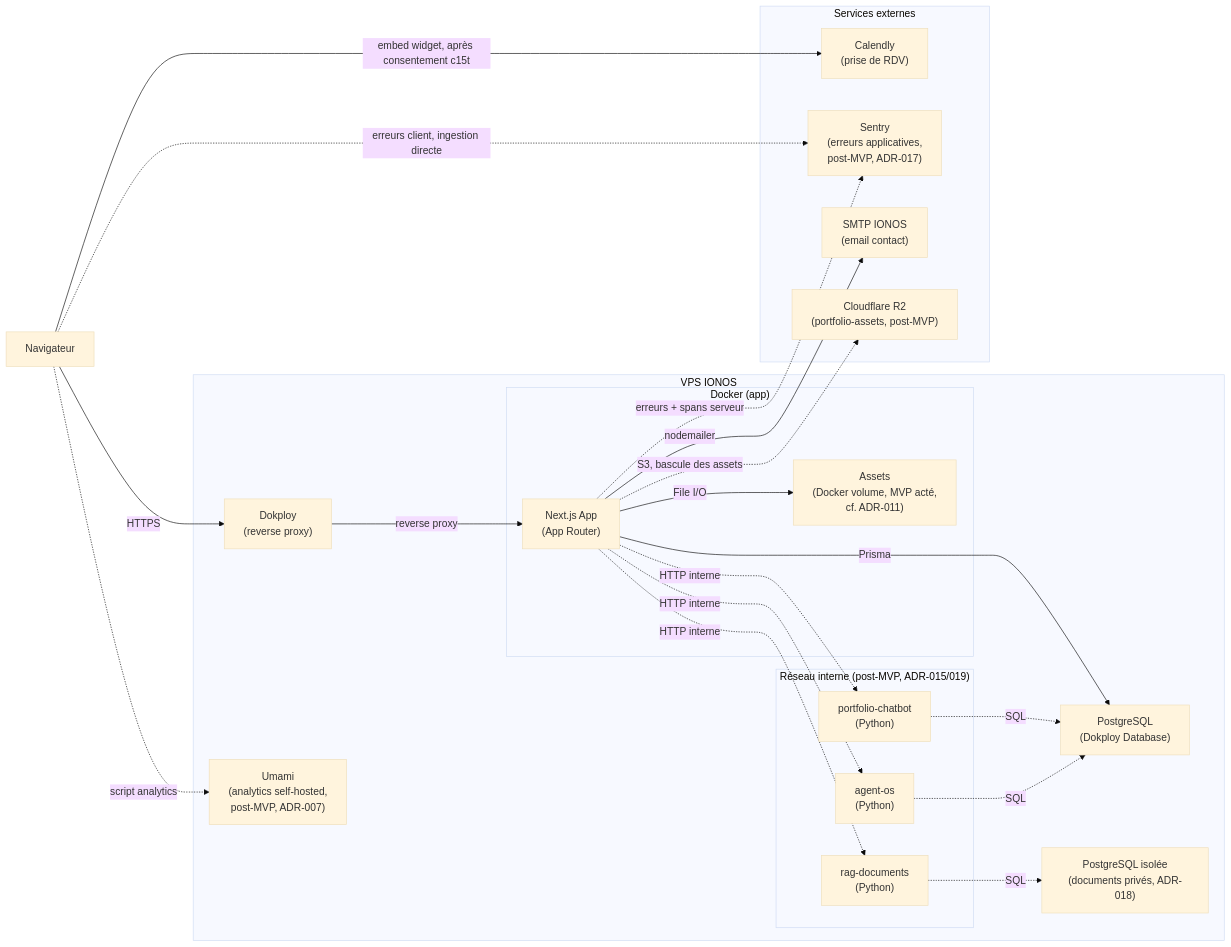
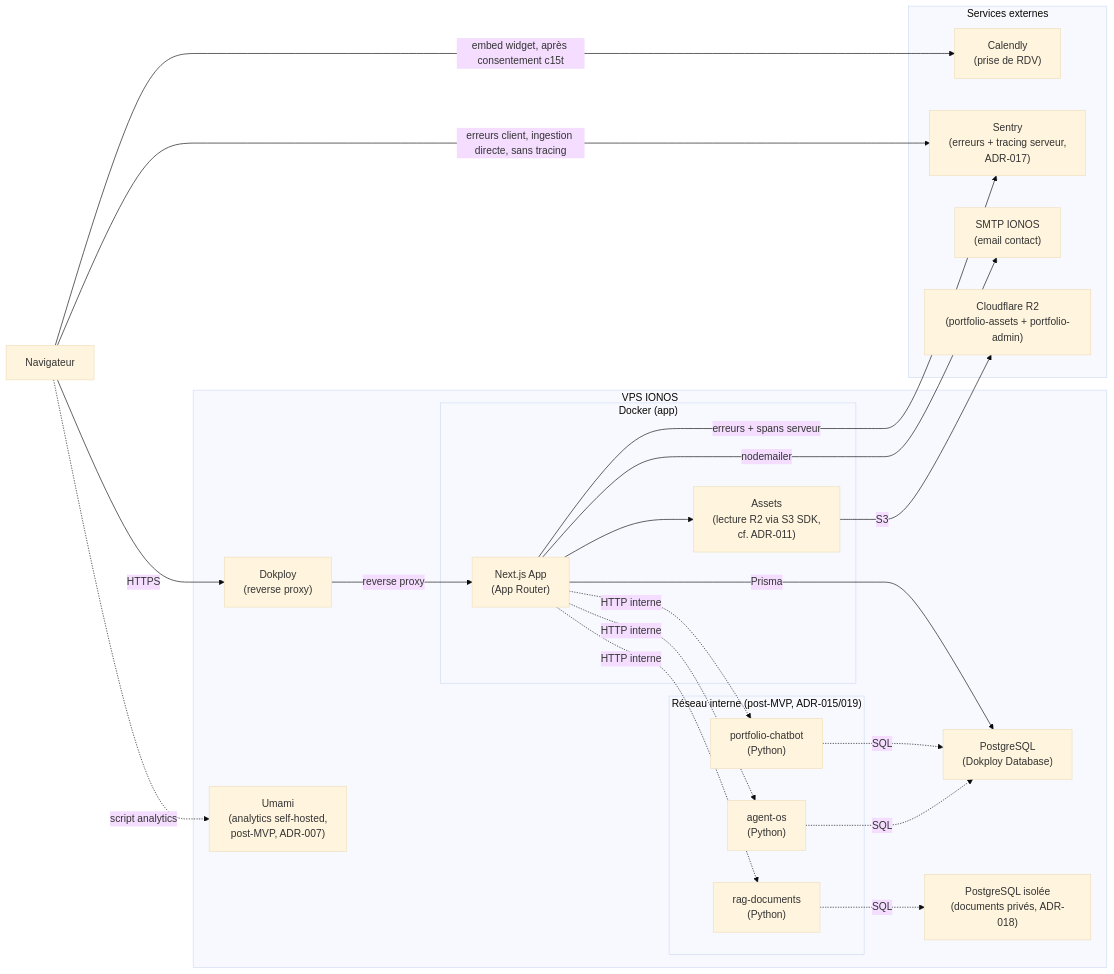
The first of 4 diagrams in docs/ARCHITECTURE.md (thibaud57/thibaud-geisler-portfolio), drawn with Mermaid (base theme) before and after one commit. The commit also changed other lines of this file and 339 other files, not shown here.

````diff
--- a/docs/ARCHITECTURE.md
+++ b/docs/ARCHITECTURE.md
@@ -82,43 +82,43 @@
 ```mermaid
 graph LR
     Browser["Navigateur"]
 
     subgraph VPS["VPS IONOS"]
         Dokploy["Dokploy<br/>(reverse proxy)"]
         subgraph App["Docker (app)"]
             Next["Next.js App<br/>(App Router)"]
-            Assets["Assets<br/>(Docker volume, MVP acté,<br/>cf. ADR-011)"]
+            Assets["Assets<br/>(lecture R2 via S3 SDK,<br/>cf. ADR-011)"]
         end
         PG["PostgreSQL<br/>(Dokploy Database)"]
         Umami["Umami<br/>(analytics self-hosted,<br/>post-MVP, ADR-007)"]
         subgraph Interne["Réseau interne (post-MVP, ADR-015/019)"]
             Chatbot["portfolio-chatbot<br/>(Python)"]
             AgentOS["agent-os<br/>(Python)"]
             RagDocs["rag-documents<br/>(Python)"]
         end
         PGPriv["PostgreSQL isolée<br/>(documents privés, ADR-018)"]
     end
 
     subgraph Ext["Services externes"]
         Calendly["Calendly<br/>(prise de RDV)"]
-        Sentry["Sentry<br/>(erreurs applicatives,<br/>post-MVP, ADR-017)"]
+        Sentry["Sentry<br/>(erreurs + tracing serveur,<br/>ADR-017)"]
         SMTP["SMTP IONOS<br/>(email contact)"]
-        R2["Cloudflare R2<br/>(portfolio-assets, post-MVP)"]
+        R2["Cloudflare R2<br/>(portfolio-assets + portfolio-admin)"]
     end
 
     Browser -->|HTTPS| Dokploy -->|reverse proxy| Next
     Browser -->|embed widget, après consentement c15t| Calendly
     Browser -.->|script analytics| Umami
-    Browser -.->|erreurs client, ingestion directe| Sentry
+    Browser -->|erreurs client, ingestion directe, sans tracing| Sentry
     Next -->|Prisma| PG
-    Next -->|File I/O| Assets
+    Next --> Assets
+    Assets -->|S3| R2
     Next -.->|HTTP interne| Chatbot
     Next -.->|HTTP interne| AgentOS
     Next -.->|HTTP interne| RagDocs
     Next -->|nodemailer| SMTP
-    Next -.->|erreurs + spans serveur| Sentry
-    Next -.->|S3, bascule des assets| R2
+    Next -->|erreurs + spans serveur| Sentry
     Chatbot -.->|SQL| PG
     AgentOS -.->|SQL| PG
     RagDocs -.->|SQL| PGPriv
 ```
````
